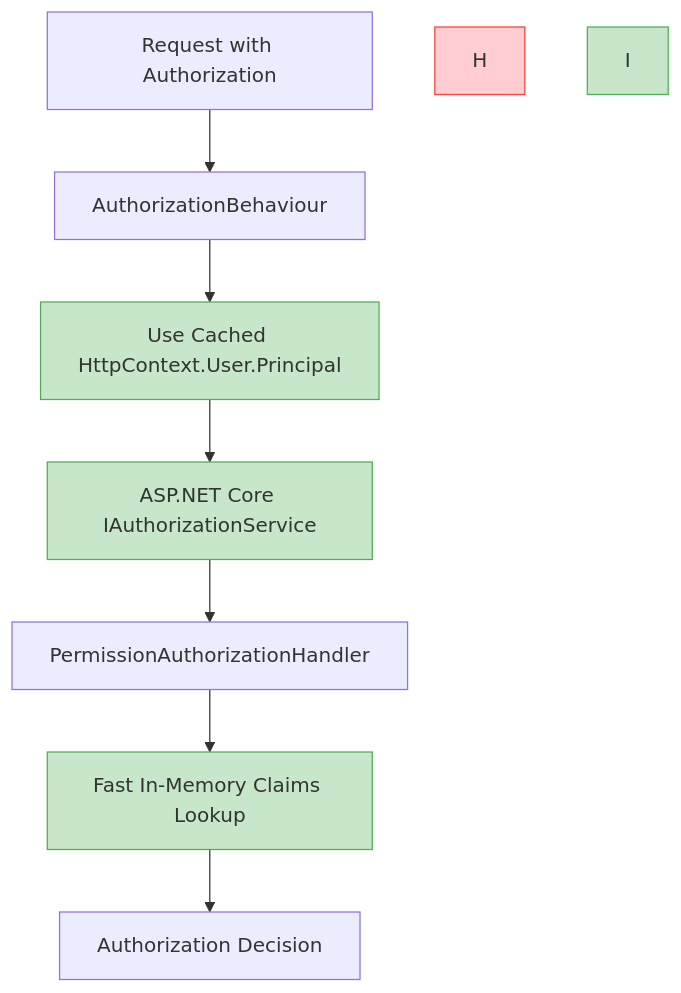
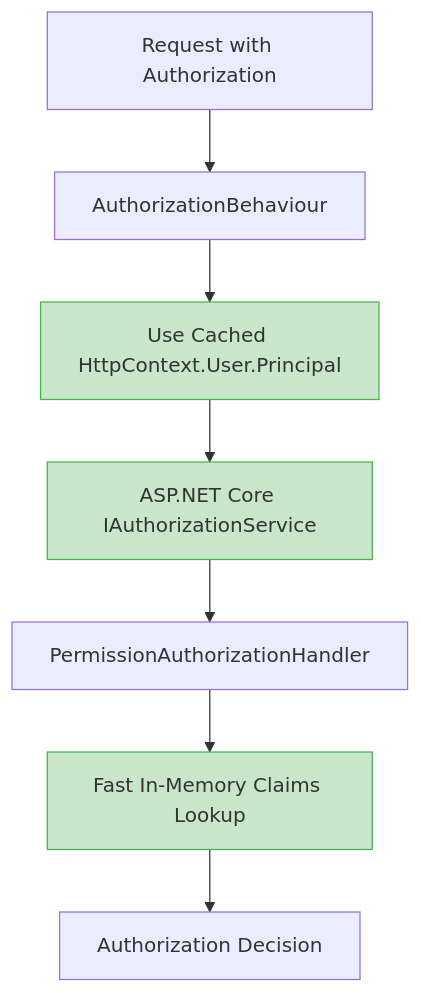
One commit to hoangvu1420/YummyZoom changed the third of 5 diagrams in Docs/Authorization-Flow-Diagram.md. Above: the diagram before and after it, drawn with Mermaid. The commit also changed other lines of this file and 10 other files, not shown here.

````diff
--- a/Docs/Authorization-Flow-Diagram.md
+++ b/Docs/Authorization-Flow-Diagram.md
@@ -160,15 +160,13 @@
 ```mermaid
 graph TD
     A[Request with Authorization] --> B[AuthorizationBehaviour]
     B --> C[Use Cached HttpContext.User.Principal]
     C --> D[ASP.NET Core IAuthorizationService]
     D --> E[PermissionAuthorizationHandler]
     E --> F[Fast In-Memory Claims Lookup]
     F --> G[Authorization Decision]
     
     style C fill:#c8e6c9,stroke:#4caf50
     style D fill:#c8e6c9,stroke:#4caf50
     style F fill:#c8e6c9,stroke:#4caf50
-    style H fill:#ffcdd2,stroke:#f44336
-    style I fill:#c8e6c9,stroke:#4caf50
 ```
````
